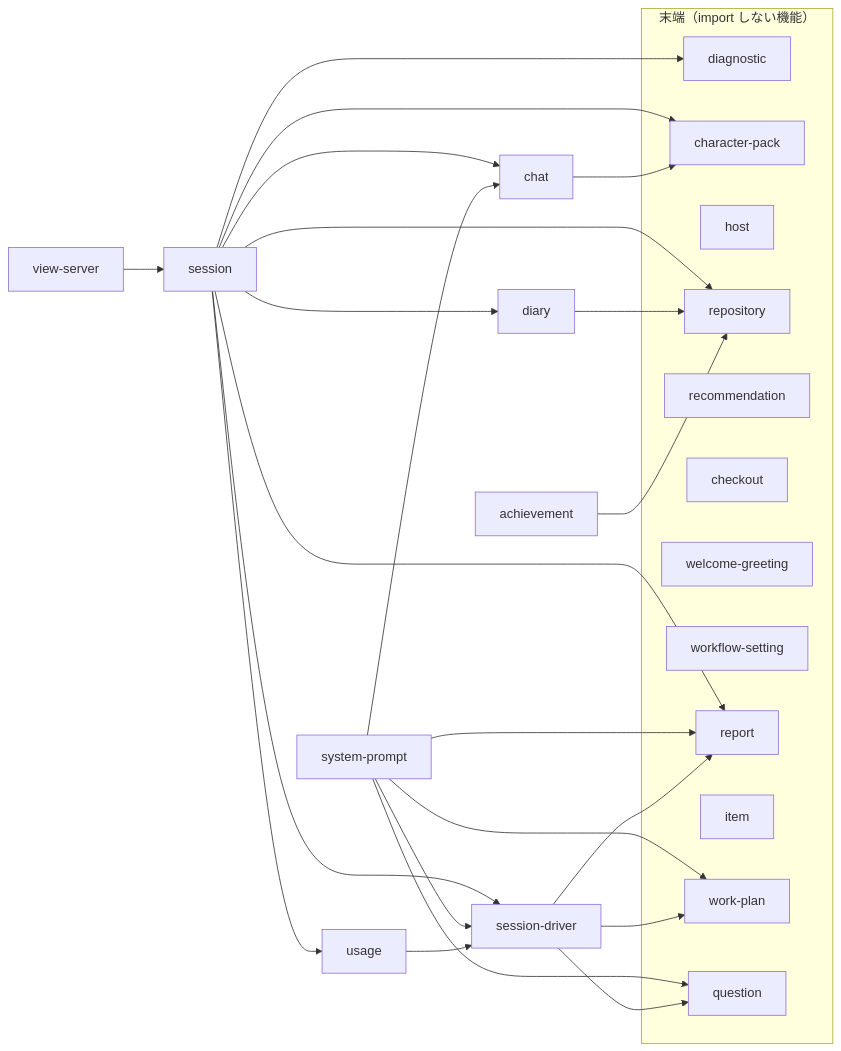
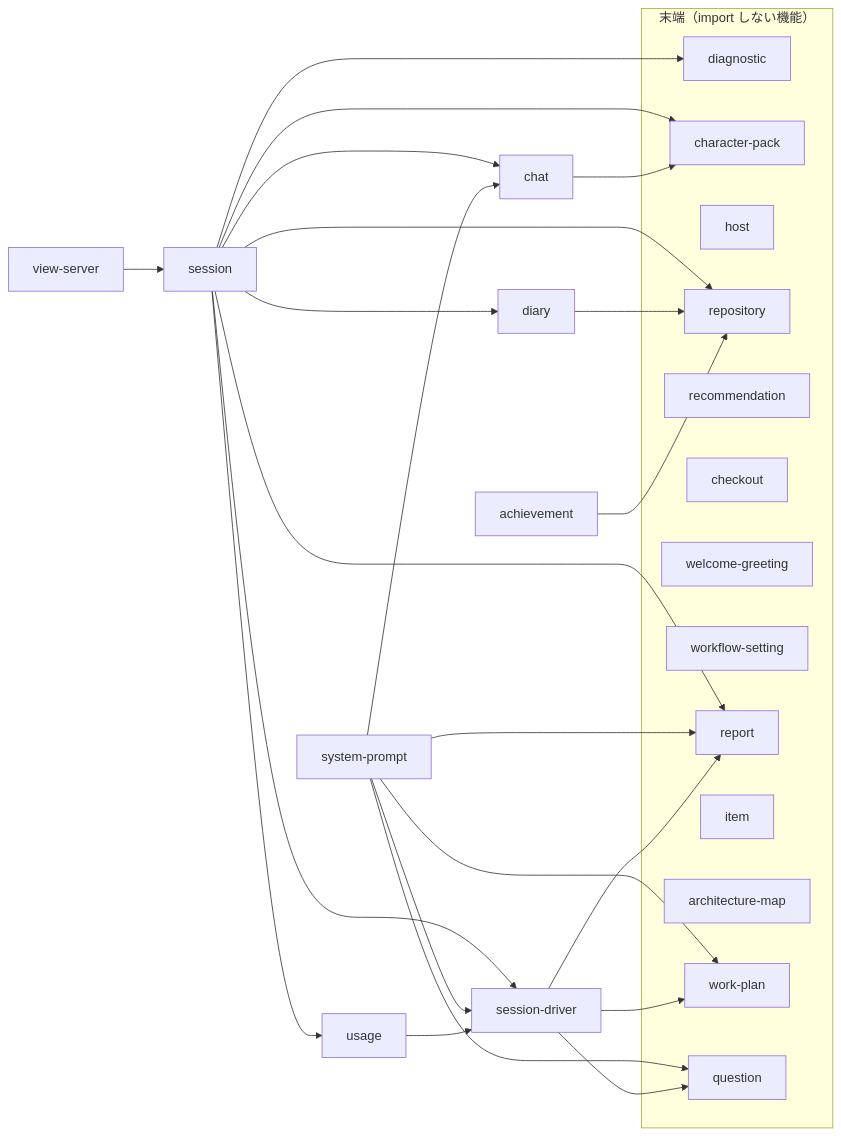
Before and after one commit to sinnlosses/tsukumo: the fourth of 4 diagrams in docs/guide/overview.md, drawn with Mermaid. The commit also changed 25 other files, not shown here.

Commit message:
GH-2595: 地図のファイル .architecture-map.json を契約の zod 型で読み、無い・壊れている・知らない版を判別合併型に畳み、縮尺とフォーカスごとに箱と矢印を束ねる mapViewOf と、画面が地図を引く手続き architectureMap.view を足した

````diff
--- a/docs/guide/overview.md
+++ b/docs/guide/overview.md
@@ -116,46 +116,47 @@
 ```mermaid
 flowchart LR
   session["session"]
   system_prompt["system-prompt"]
   view_server["view-server"]
   chat["chat"]
   usage["usage"]
   session_driver["session-driver"]
   diary["diary"]
   achievement["achievement"]
   subgraph leaves["末端（import しない機能）"]
     diagnostic["diagnostic"]
     character_pack["character-pack"]
     host["host"]
     repository["repository"]
     recommendation["recommendation"]
     checkout["checkout"]
     welcome_greeting["welcome-greeting"]
     workflow_setting["workflow-setting"]
     report["report"]
     item["item"]
+    architecture_map["architecture-map"]
     work_plan["work-plan"]
     question["question"]
   end
   session --> session_driver
   session --> chat
   session --> diary
   session --> usage
   session --> diagnostic
   session --> character_pack
   session --> report
   session --> repository
   system_prompt --> session_driver
   system_prompt --> chat
   system_prompt --> report
   system_prompt --> work_plan
   system_prompt --> question
   view_server --> session
   chat --> character_pack
   usage --> session_driver
   session_driver --> report
   session_driver --> work_plan
   session_driver --> question
   diary --> repository
   achievement --> repository
 ```
````
